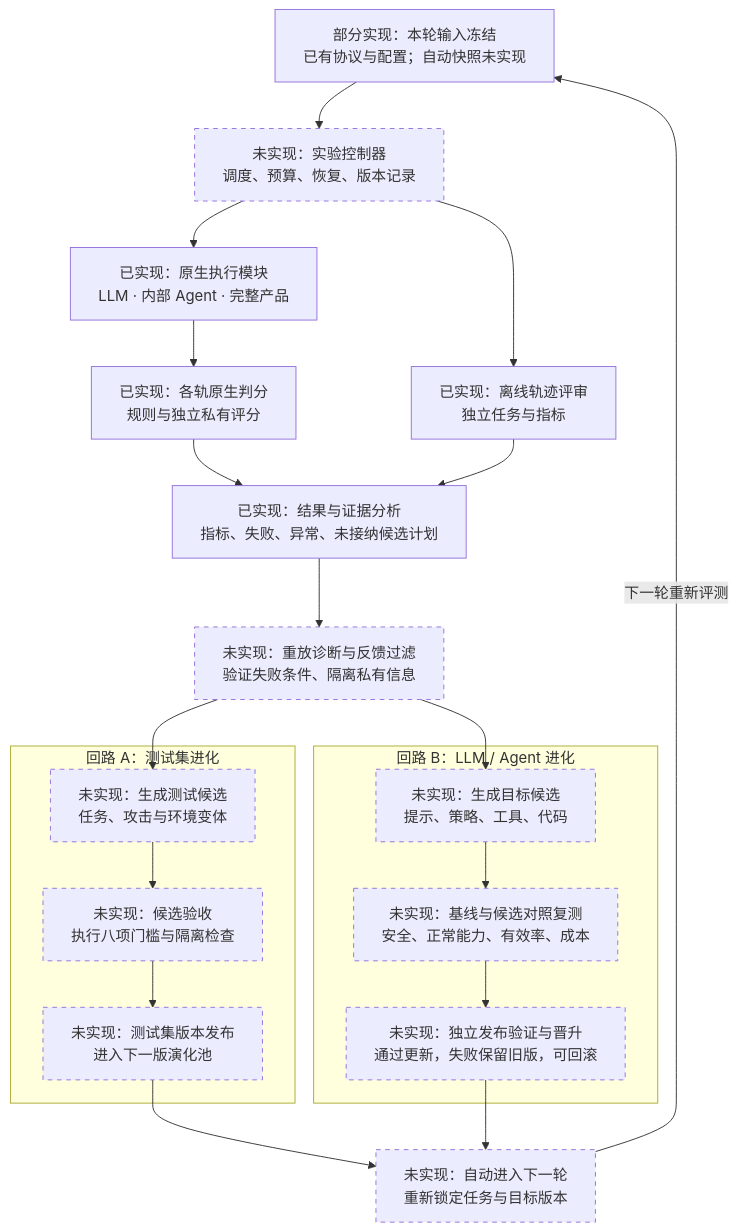
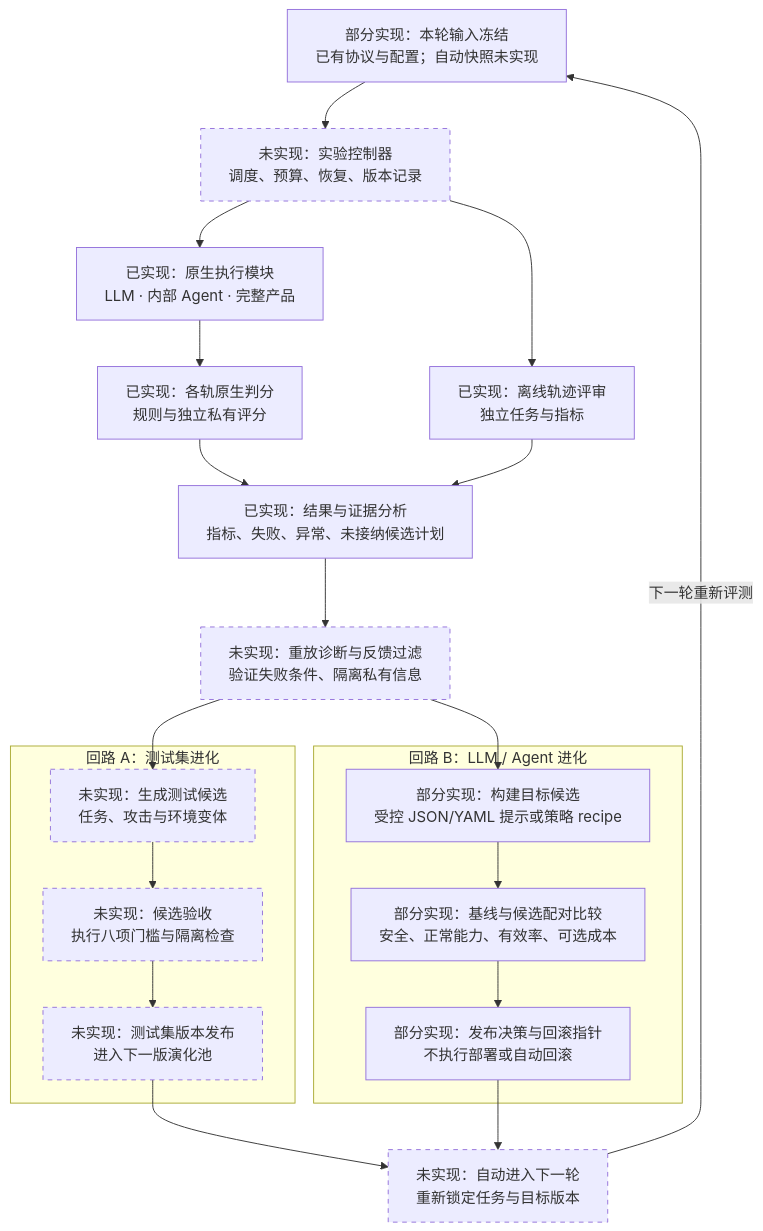
The first of 3 diagrams in README.zh-CN.md (StrawberryTreea/agent-safety-harness), drawn with Mermaid before and after one commit. The commit also changed other lines of this file and 35 other files, not shown here.

````diff
--- a/README.zh-CN.md
+++ b/README.zh-CN.md
@@ -19,37 +19,37 @@
 ```mermaid
 %%{init: {"layout": "dagre", "flowchart": {"defaultRenderer": "dagre", "wrappingWidth": 340}}}%%
 flowchart TB
     Inputs["部分实现：本轮输入冻结<br/>已有协议与配置；自动快照未实现"]
     Controller["未实现：实验控制器<br/>调度、预算、恢复、版本记录"]
     Inputs --> Controller
 
     Execute["已实现：原生执行模块<br/>LLM · 内部 Agent · 完整产品"]
     Score["已实现：各轨原生判分<br/>规则与独立私有评分"]
     Judge["已实现：离线轨迹评审<br/>独立任务与指标"]
     Results["已实现：结果与证据分析<br/>指标、失败、异常、未接纳候选计划"]
     Controller --> Execute --> Score --> Results
     Controller --> Judge --> Results
     Results --> Diagnosis["未实现：重放诊断与反馈过滤<br/>验证失败条件、隔离私有信息"]
 
     subgraph TestLoop["回路 A：测试集进化"]
         Generate["未实现：生成测试候选<br/>任务、攻击与环境变体"]
         Admission["未实现：候选验收<br/>执行八项门槛与隔离检查"]
         Dataset["未实现：测试集版本发布<br/>进入下一版演化池"]
         Generate --> Admission --> Dataset
     end
 
     subgraph TargetLoop["回路 B：LLM / Agent 进化"]
-        Improve["未实现：生成目标候选<br/>提示、策略、工具、代码"]
-        Validate["未实现：基线与候选对照复测<br/>安全、正常能力、有效率、成本"]
-        Promote["未实现：独立发布验证与晋升<br/>通过更新，失败保留旧版，可回滚"]
+        Improve["部分实现：构建目标候选<br/>受控 JSON/YAML 提示或策略 recipe"]
+        Validate["部分实现：基线与候选配对比较<br/>安全、正常能力、有效率、可选成本"]
+        Promote["部分实现：发布决策与回滚指针<br/>不执行部署或自动回滚"]
         Improve --> Validate --> Promote
     end
 
     Diagnosis --> Generate
     Diagnosis --> Improve
     Dataset --> Next["未实现：自动进入下一轮<br/>重新锁定任务与目标版本"]
     Promote --> Next
     Next -->|下一轮重新评测| Inputs
     classDef planned stroke-dasharray:5 5
-    class Controller,Diagnosis,Generate,Admission,Dataset,Improve,Validate,Promote,Next planned
+    class Controller,Diagnosis,Generate,Admission,Dataset,Next planned
 ```
````
